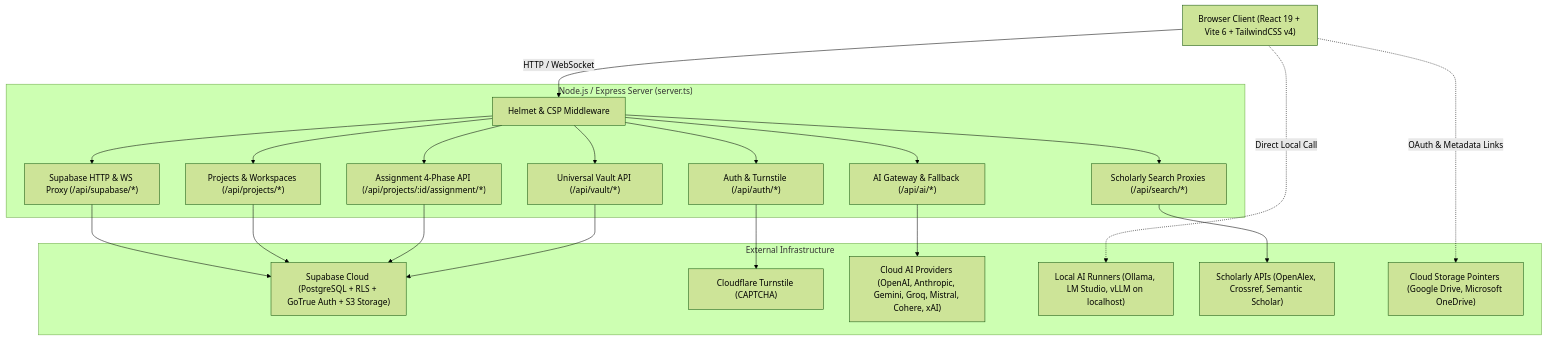
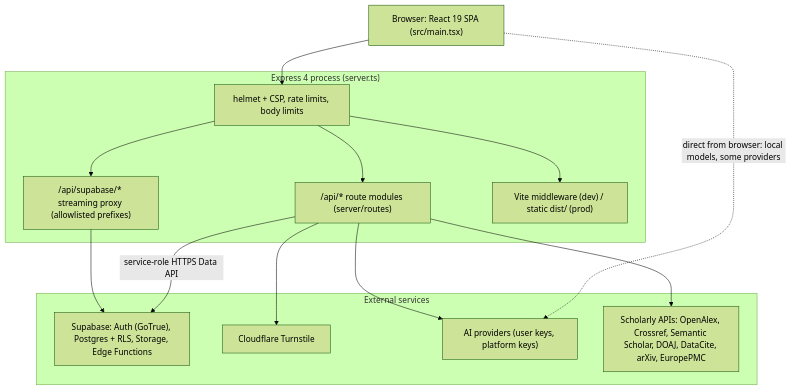
The diagram in docs/ARCHITECTURE.md (docgovinda-glitch/scholar-agentic-os), drawn with Mermaid (forest theme) before and after one commit. The commit also changed other lines of this file and 31 other files, not shown here.

````diff
--- a/docs/ARCHITECTURE.md
+++ b/docs/ARCHITECTURE.md
@@ -11,43 +9,25 @@
 ```mermaid
 graph TD
-    Client["Browser Client (React 19 + Vite 6 + TailwindCSS v4)"]
-    
-    subgraph ExpressApp ["Node.js / Express Server (server.ts)"]
-        Security["Helmet & CSP Middleware"]
-        AuthRoute["Auth & Turnstile (/api/auth/*)"]
-        ProjectsRoute["Projects & Workspaces (/api/projects/*)"]
-        AssignmentRoute["Assignment 4-Phase API (/api/projects/:id/assignment/*)"]
-        AIRoute["AI Gateway & Fallback (/api/ai/*)"]
-        VaultRoute["Universal Vault API (/api/vault/*)"]
-        SearchRoute["Scholarly Search Proxies (/api/search/*)"]
-        SupabaseProxy["Supabase HTTP & WS Proxy (/api/supabase/*)"]
+    Client["Browser: React 19 SPA (src/main.tsx)"]
+    subgraph Server ["Express 4 process (server.ts)"]
+        Sec["helmet + CSP, rate limits, body limits"]
+        Proxy["/api/supabase/* streaming proxy (allowlisted prefixes)"]
+        Api["/api/* route modules (server/routes)"]
+        Static["Vite middleware (dev) / static dist/ (prod)"]
     end
-    
-    subgraph ExternalServices ["External Infrastructure"]
-        Supabase["Supabase Cloud (PostgreSQL + RLS + GoTrue Auth + S3 Storage)"]
-        Turnstile["Cloudflare Turnstile (CAPTCHA)"]
-        CloudAI["Cloud AI Providers (OpenAI, Anthropic, Gemini, Groq, Mistral, Cohere, xAI)"]
-        LocalAI["Local AI Runners (Ollama, LM Studio, vLLM on localhost)"]
-        ScholarlyAPIs["Scholarly APIs (OpenAlex, Crossref, Semantic Scholar)"]
-        CloudDrives["Cloud Storage Pointers (Google Drive, Microsoft OneDrive)"]
+    subgraph Ext ["External services"]
+        SB["Supabase: Auth (GoTrue), Postgres + RLS, Storage, Edge Functions"]
+        Cap["Cloudflare Turnstile"]
+        LLM["AI providers (user keys, platform keys)"]
+        Sch["Scholarly APIs: OpenAlex, Crossref, Semantic Scholar, DOAJ, DataCite, arXiv, EuropePMC"]
     end
-
-    Client -->|HTTP / WebSocket| Security
-    Security --> ProjectsRoute
-    Security --> AssignmentRoute
-    Security --> AIRoute
-    Security --> VaultRoute
-    Security --> SearchRoute
-    Security --> AuthRoute
-    Security --> SupabaseProxy
-    
-    AuthRoute --> Turnstile
-    SupabaseProxy --> Supabase
-    ProjectsRoute --> Supabase
-    AssignmentRoute --> Supabase
-    VaultRoute --> Supabase
-    AIRoute --> CloudAI
-    Client -.->|Direct Local Call| LocalAI
-    SearchRoute --> ScholarlyAPIs
-    Client -.->|OAuth & Metadata Links| CloudDrives
+    Client --> Sec
+    Sec --> Proxy --> SB
+    Sec --> Api
+    Sec --> Static
+    Api -->|service-role HTTPS Data API| SB
+    Api --> Cap
+    Api --> LLM
+    Api --> Sch
+    Client -. direct from browser: local models, some providers .-> LLM
 ```
````
